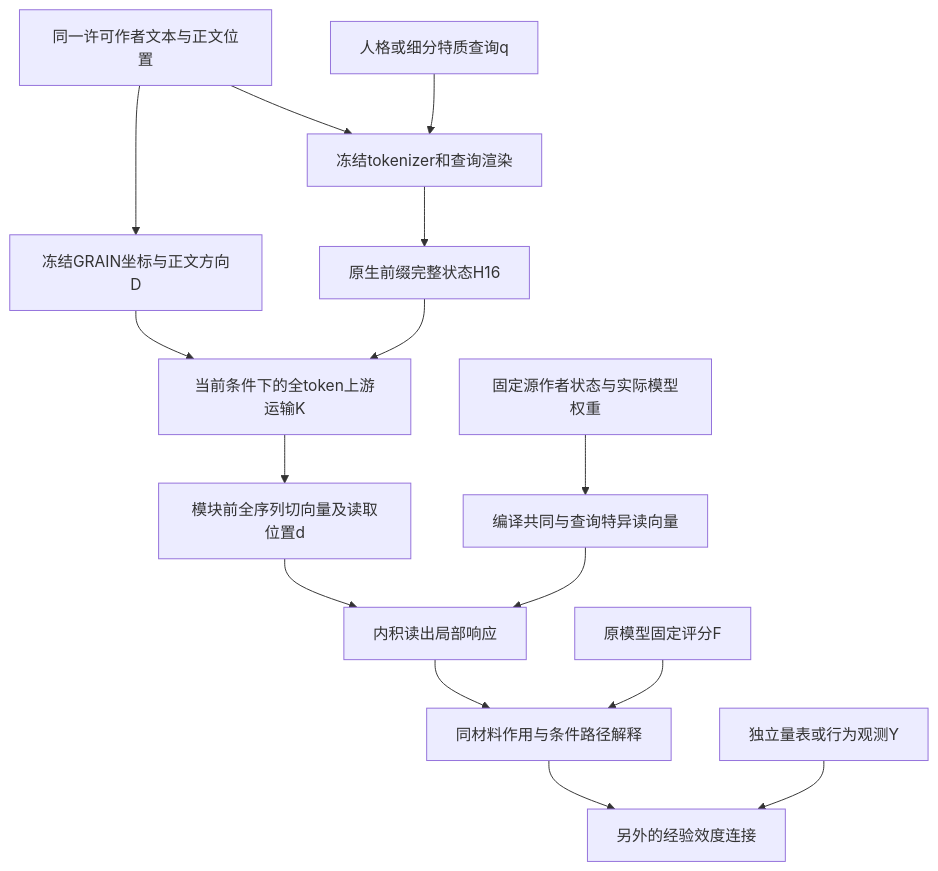
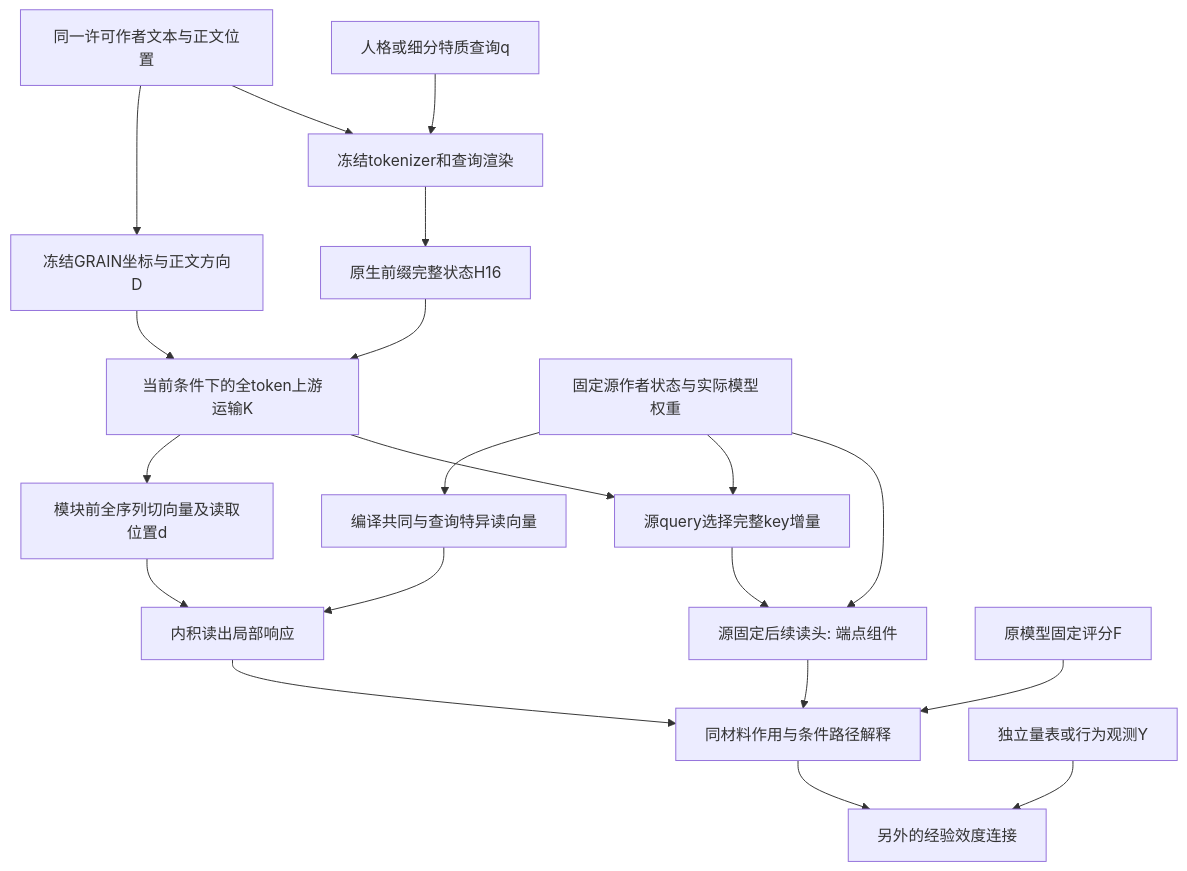
One commit to reiserhhh/GRAIN changed the diagram in docs/GRAIN_UPSTREAM_MECHANISM_INTEGRATION_V1.md. Above: the diagram before and after it, drawn with Mermaid. The commit also changed other lines of this file and 14 other files, not shown here.

````diff
--- a/docs/GRAIN_UPSTREAM_MECHANISM_INTEGRATION_V1.md
+++ b/docs/GRAIN_UPSTREAM_MECHANISM_INTEGRATION_V1.md
@@ -8,17 +8,22 @@
 ```mermaid
 flowchart TD
   T[同一许可作者文本与正文位置] --> G[冻结GRAIN坐标与正文方向D]
   T --> R[冻结tokenizer和查询渲染]
   Q[人格或细分特质查询q] --> R
   R --> H[原生前缀完整状态H16]
   H --> K[当前条件下的全token上游运输K]
   G --> K
   K --> D[模块前全序列切向量及读取位置d]
   S[固定源作者状态与实际模型权重] --> V[编译共同与查询特异读向量]
   D --> A[内积读出局部响应]
   V --> A
+  K --> U[源query选择完整key增量]
+  S --> U
+  U --> C[源固定后续读头: 端点组件]
+  S --> C
+  C --> J
   A --> J[同材料作用与条件路径解释]
   F[原模型固定评分F] --> J
   Y[独立量表或行为观测Y] --> E[另外的经验效度连接]
   J --> E
 ```
````
